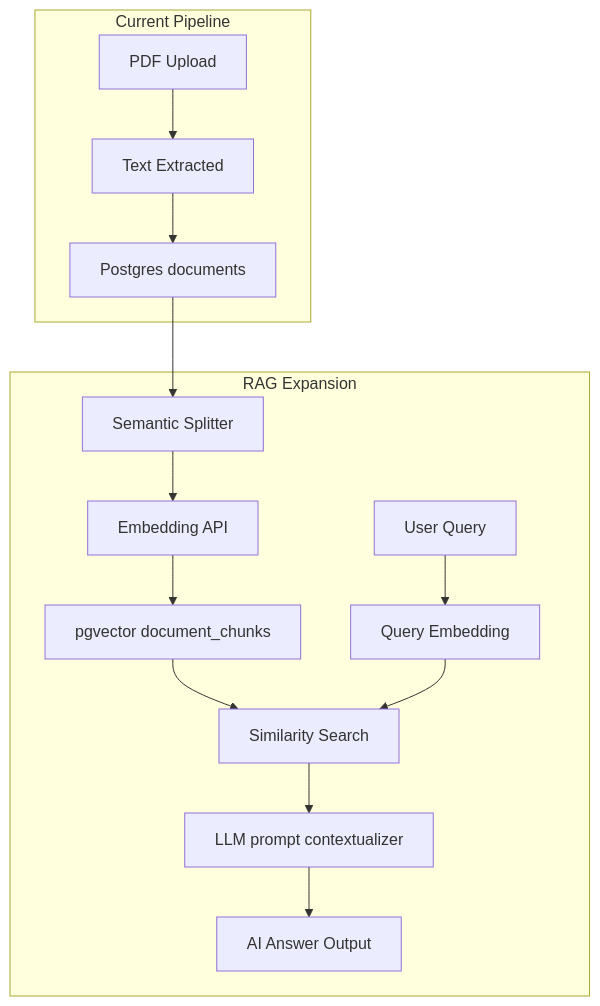
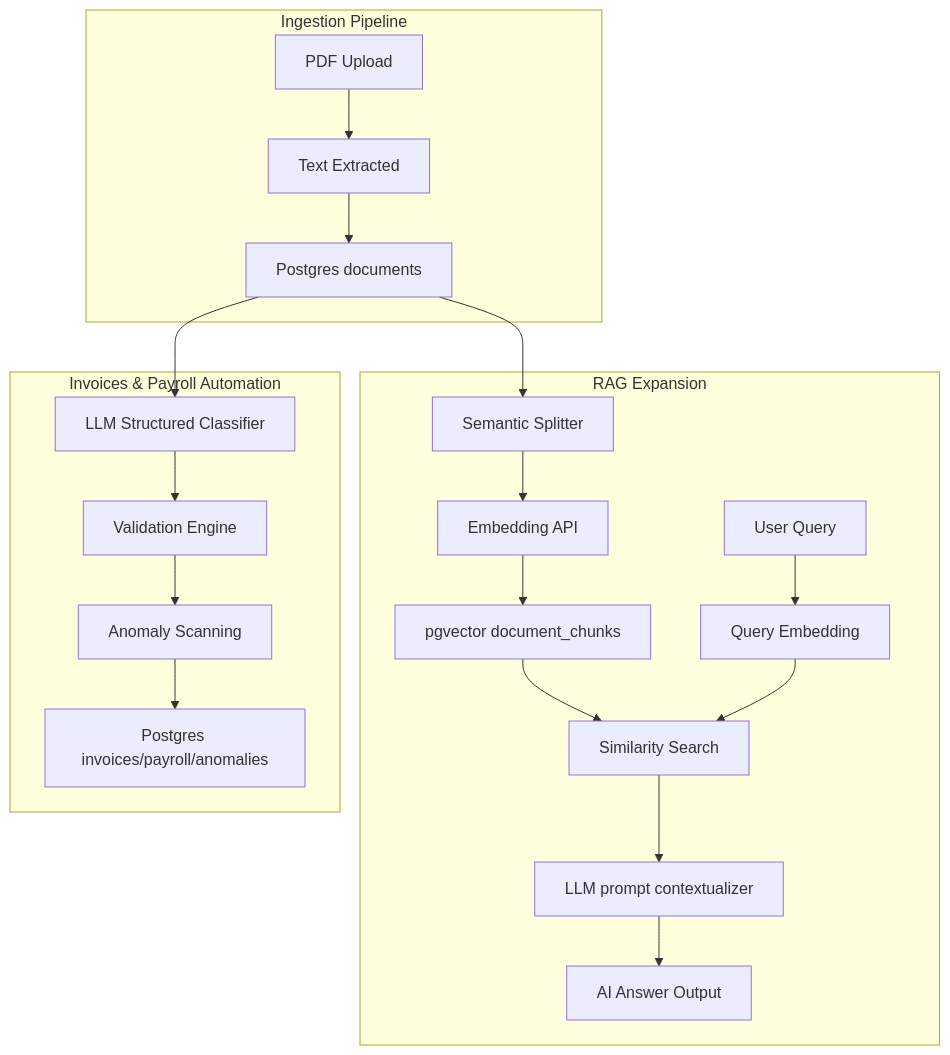
Before and after one commit to d-shishir/Syntra-OS: the second of 2 diagrams in docs/architecture.md, drawn with Mermaid. The commit also changed other lines of this file and 37 other files, not shown here.

Commit message:
feat: implement invoice and payroll automation module, update RAG pipeline to 768-dim embeddings, and add UI components

````diff
--- a/docs/architecture.md
+++ b/docs/architecture.md
@@ -60,17 +62,24 @@
 ```mermaid
 flowchart TD
-    subgraph Current Pipeline
+    subgraph Ingestion Pipeline
         A[PDF Upload] --> B[Text Extracted]
         B --> C[Postgres documents]
     end
 
     subgraph RAG Expansion
         C --> D[Semantic Splitter]
         D --> E[Embedding API]
         E --> F[pgvector document_chunks]
         G[User Query] --> H[Query Embedding]
         F & H --> I[Similarity Search]
         I --> J[LLM prompt contextualizer]
         J --> K[AI Answer Output]
     end
+    
+    subgraph Invoices & Payroll Automation
+        C --> L[LLM Structured Classifier]
+        L --> M[Validation Engine]
+        M --> N[Anomaly Scanning]
+        N --> O[Postgres invoices/payroll/anomalies]
+    end
 ```
````
